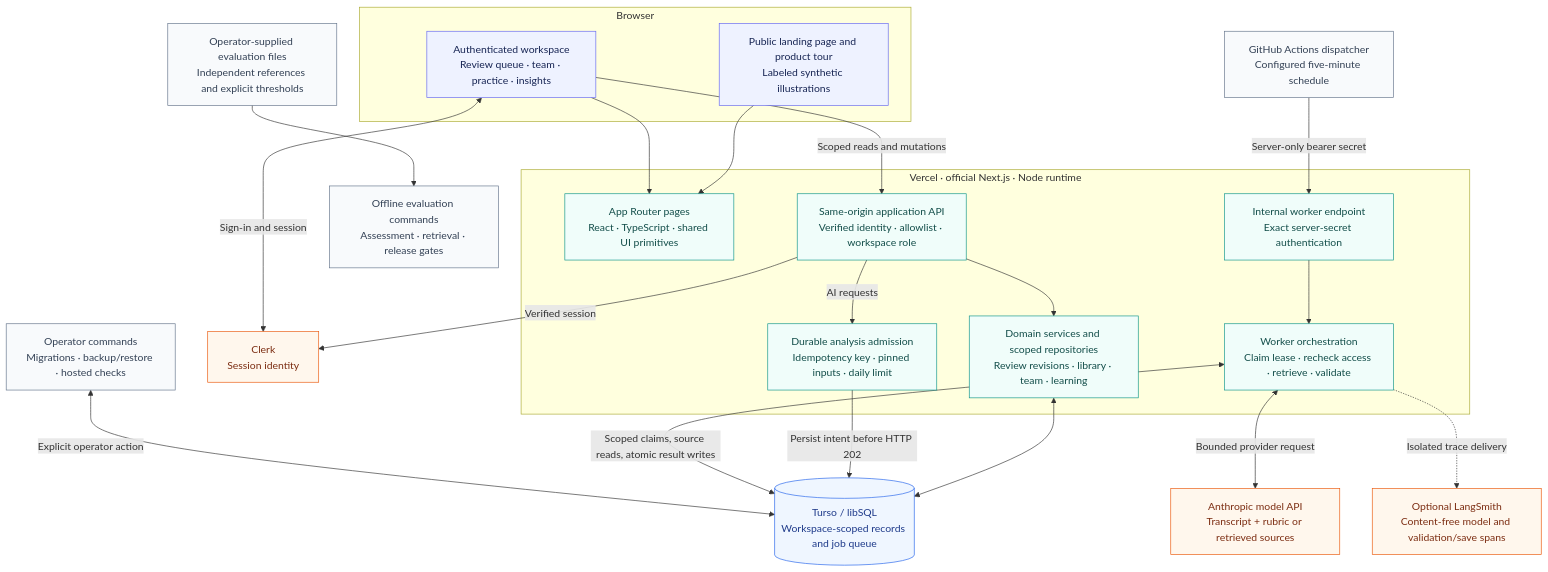
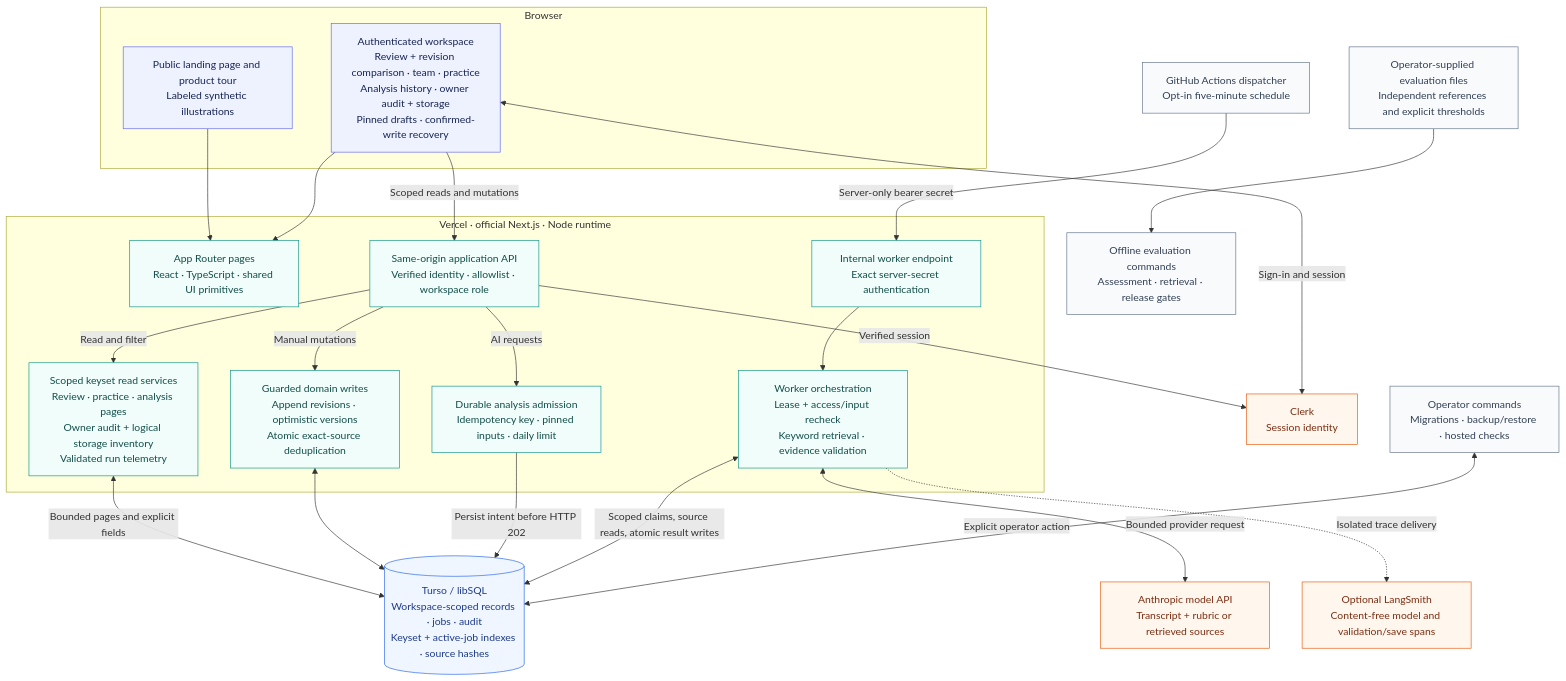
Before and after one commit to ChariPramod/consultiq: the diagram in docs/diagrams/overall-architecture.mmd, drawn with Mermaid. The commit also changed 29 other files, not shown here.

First line of the commit message:
Refresh architecture and optimize history reads with owner audit timeline

```diff
--- a/docs/diagrams/overall-architecture.mmd
+++ b/docs/diagrams/overall-architecture.mmd
@@ -1,53 +1,56 @@
 flowchart TB
   accTitle: ConsultIQ overall architecture
-  accDescr: Browser workspace, authenticated Next.js API, workspace-scoped Turso storage, a separately dispatched analysis worker, model provider and isolated optional tracing.
+  accDescr: Browser review and revision comparison with draft recovery, an authenticated Next.js API with bounded queries and owner audit history, workspace-scoped Turso storage, separately dispatched analysis, and optional content-free tracing. Hosted credentials and acceptance remain deployment gates.
   subgraph Client[Browser]
     Public["Public landing page and product tour<br/>Labeled synthetic illustrations"]
-    UI["Authenticated workspace<br/>Review queue · team · practice · insights"]
+    UI["Authenticated workspace<br/>Review + revision comparison · team · practice<br/>Analysis history · owner audit + storage<br/>Pinned drafts · confirmed-write recovery"]
   end
 
   subgraph Vercel["Vercel · official Next.js · Node runtime"]
     Pages["App Router pages<br/>React · TypeScript · shared UI primitives"]
     API["Same-origin application API<br/>Verified identity · allowlist · workspace role"]
-    Domain["Domain services and scoped repositories<br/>Review revisions · library · team · learning"]
+    Reads["Scoped keyset read services<br/>Review · practice · analysis pages<br/>Owner audit + logical storage inventory<br/>Validated run telemetry"]
+    Domain["Guarded domain writes<br/>Append revisions · optimistic versions<br/>Atomic exact-source deduplication"]
     Queue["Durable analysis admission<br/>Idempotency key · pinned inputs · daily limit"]
     Endpoint["Internal worker endpoint<br/>Exact server-secret authentication"]
-    Worker["Worker orchestration<br/>Claim lease · recheck access · retrieve · validate"]
+    Worker["Worker orchestration<br/>Lease + access/input recheck<br/>Keyword retrieval · evidence validation"]
   end
 
   Clerk["Clerk<br/>Session identity"]
-  DB[("Turso / libSQL<br/>Workspace-scoped records and job queue")]
-  Scheduler["GitHub Actions dispatcher<br/>Configured five-minute schedule"]
+  DB[("Turso / libSQL<br/>Workspace-scoped records · jobs · audit<br/>Keyset + active-job indexes · source hashes")]
+  Scheduler["GitHub Actions dispatcher<br/>Opt-in five-minute schedule"]
   Claude["Anthropic model API<br/>Transcript + rubric or retrieved sources"]
   Traces["Optional LangSmith<br/>Content-free model and validation/save spans"]
   Ops["Operator commands<br/>Migrations · backup/restore · hosted checks"]
   Evals["Offline evaluation commands<br/>Assessment · retrieval · release gates"]
   Fixtures["Operator-supplied evaluation files<br/>Independent references and explicit thresholds"]
 
   Public --> Pages
   UI --> Pages
   UI <-->|Sign-in and session| Clerk
   UI -->|Scoped reads and mutations| API
   API -->|Verified session| Clerk
-  API --> Domain
+  API -->|Read and filter| Reads
+  Reads <-->|Bounded pages and explicit fields| DB
+  API -->|Manual mutations| Domain
   Domain <--> DB
   API -->|AI requests| Queue
   Queue -->|Persist intent before HTTP 202| DB
   Scheduler -->|Server-only bearer secret| Endpoint
   Endpoint --> Worker
   Worker <-->|Scoped claims, source reads, atomic result writes| DB
   Worker <-->|Bounded provider request| Claude
   Worker -.->|Isolated trace delivery| Traces
   Ops <-->|Explicit operator action| DB
   Fixtures --> Evals
 
   classDef client fill:#eef2ff,stroke:#6366f1,color:#172554
   classDef runtime fill:#f0fdfa,stroke:#0d9488,color:#134e4a
   classDef external fill:#fff7ed,stroke:#ea580c,color:#7c2d12
   classDef storage fill:#eff6ff,stroke:#2563eb,color:#1e3a8a
   classDef operator fill:#f8fafc,stroke:#64748b,color:#334155
   class Public,UI client
-  class Pages,API,Domain,Queue,Endpoint,Worker runtime
+  class Pages,API,Reads,Domain,Queue,Endpoint,Worker runtime
   class Clerk,Claude,Traces external
   class DB storage
   class Scheduler,Ops,Evals,Fixtures operator
```
